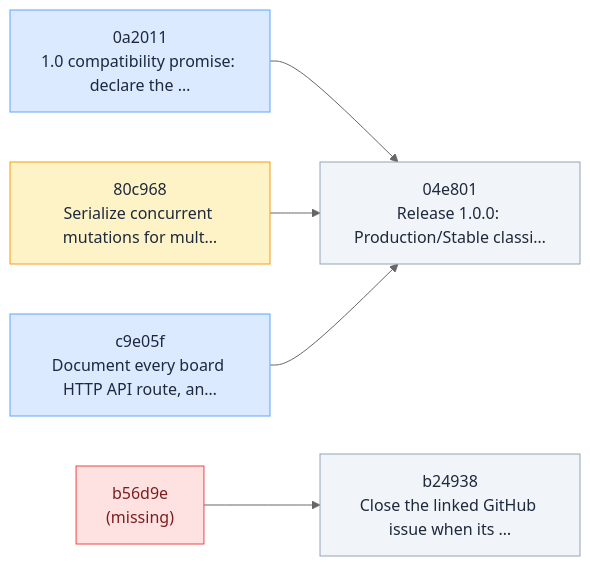
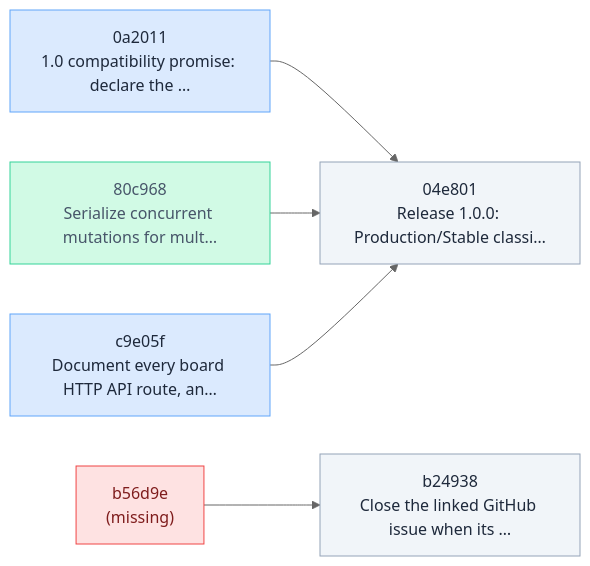
Before and after one commit to Vitund-AI/skald: the diagram in .skald/README.md, drawn with Mermaid (neutral theme). The commit also changed other lines of this file and 3 other files, not shown here.

````diff
--- a/.skald/README.md
+++ b/.skald/README.md
@@ -25,21 +24,21 @@
 ```mermaid
 flowchart LR
     n_04e801["04e801<br/>Release 1.0.0: Production/Stable classi…"]
     n_0a2011["0a2011<br/>1.0 compatibility promise: declare the …"]
     n_80c968["80c968<br/>Serialize concurrent mutations for mult…"]
     n_b24938["b24938<br/>Close the linked GitHub issue when its …"]
     n_b56d9e["b56d9e<br/>(missing)"]
     n_c9e05f["c9e05f<br/>Document every board HTTP API route, an…"]
     n_b56d9e --> n_b24938
     n_0a2011 --> n_04e801
     n_80c968 --> n_04e801
     n_c9e05f --> n_04e801
     classDef backlog fill:#f1f5f9,stroke:#94a3b8,color:#1e293b
     classDef ready fill:#dbeafe,stroke:#60a5fa,color:#1e293b
-    classDef active fill:#fef3c7,stroke:#f59e0b,color:#1e293b
+    classDef done fill:#d1fae5,stroke:#34d399,color:#475569
     classDef unknown fill:#fee2e2,stroke:#ef4444,color:#7f1d1d
-    class n_80c968 active
     class n_0a2011,n_c9e05f ready
+    class n_04e801,n_b24938 backlog
+    class n_80c968 done
     class n_b56d9e unknown
-    class n_04e801,n_b24938 backlog
 ```
````
